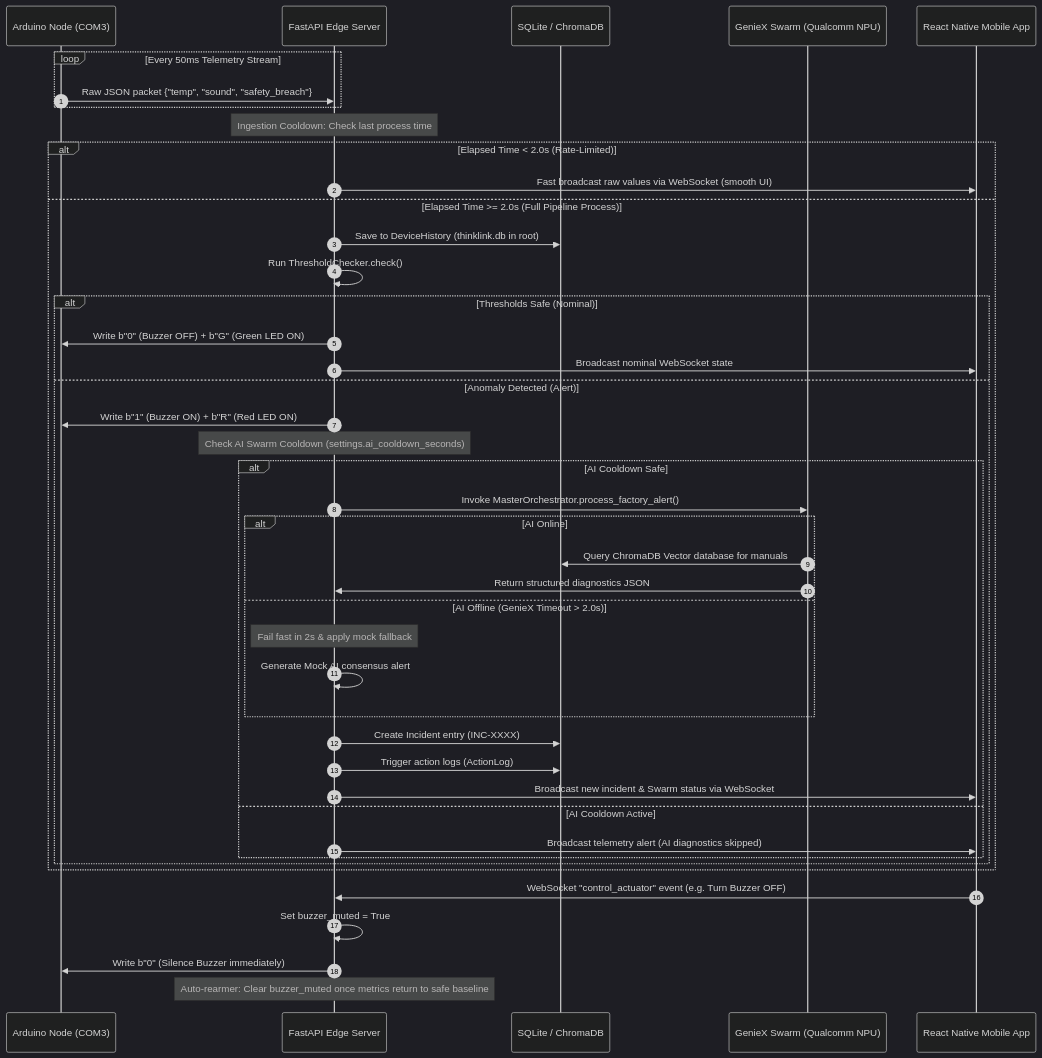
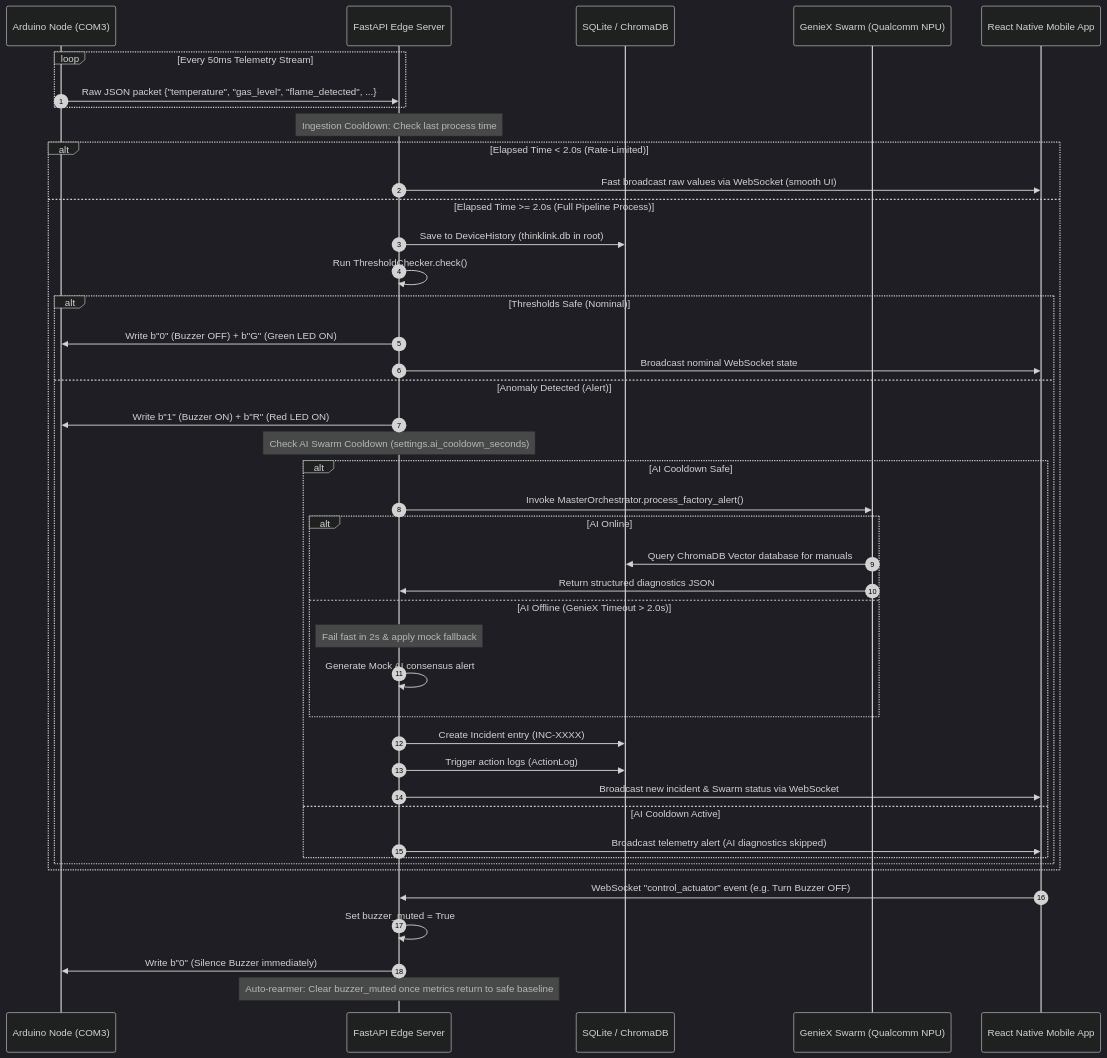
The diagram in README.md (NITHINradarapu/THINKLINK), drawn with Mermaid (dark theme) before and after one commit. The commit also changed other lines of this file, not shown here.

````diff
--- a/README.md
+++ b/README.md
@@ -78,56 +143,56 @@
 ```mermaid
 sequenceDiagram
     autonumber
     participant HW as Arduino Node (COM3)
     participant BE as FastAPI Edge Server
     participant DB as SQLite / ChromaDB
     participant AI as GenieX Swarm (Qualcomm NPU)
     participant UI as React Native Mobile App
 
     %% 1. Ingestion Loop
     loop Every 50ms Telemetry Stream
-        HW->>BE: Raw JSON packet {"temp", "sound", "safety_breach"}
+        HW->>BE: Raw JSON packet {"temperature", "gas_level", "flame_detected", ...}
     end
 
     %% 2. Rate Limiting & Checking
     Note over BE: Ingestion Cooldown: Check last process time
     alt Elapsed Time < 2.0s (Rate-Limited)
         BE->>UI: Fast broadcast raw values via WebSocket (smooth UI)
     else Elapsed Time >= 2.0s (Full Pipeline Process)
         BE->>DB: Save to DeviceHistory (thinklink.db in root)
         BE->>BE: Run ThresholdChecker.check()
         
         alt Thresholds Safe (Nominal)
             BE->>HW: Write b"0" (Buzzer OFF) + b"G" (Green LED ON)
             BE->>UI: Broadcast nominal WebSocket state
         else Anomaly Detected (Alert)
             BE->>HW: Write b"1" (Buzzer ON) + b"R" (Red LED ON)
             
             %% 3. AI Swarm Invocation
             Note over BE: Check AI Swarm Cooldown (settings.ai_cooldown_seconds)
             alt AI Cooldown Safe
                 BE->>AI: Invoke MasterOrchestrator.process_factory_alert()
                 
                 alt AI Online
                     AI->>DB: Query ChromaDB Vector database for manuals
                     AI->>BE: Return structured diagnostics JSON
                 else AI Offline (GenieX Timeout > 2.0s)
                     Note over BE: Fail fast in 2s & apply mock fallback
                     BE->>BE: Generate Mock AI consensus alert
                 end
                 
                 BE->>DB: Create Incident entry (INC-XXXX)
                 BE->>DB: Trigger action logs (ActionLog)
                 BE->>UI: Broadcast new incident & Swarm status via WebSocket
             else AI Cooldown Active
                 BE->>UI: Broadcast telemetry alert (AI diagnostics skipped)
             end
         end
     end
 
     %% 4. Manual Overrides
     UI->>BE: WebSocket "control_actuator" event (e.g. Turn Buzzer OFF)
     BE->>BE: Set buzzer_muted = True
     BE->>HW: Write b"0" (Silence Buzzer immediately)
     Note over BE: Auto-rearmer: Clear buzzer_muted once metrics return to safe baseline
 ```
````
